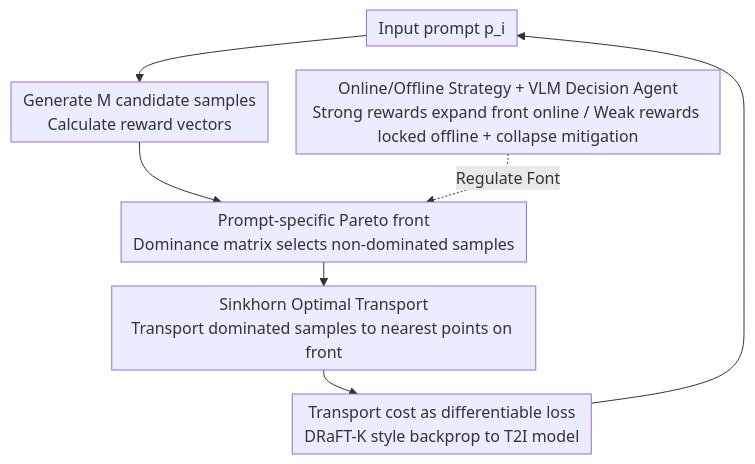
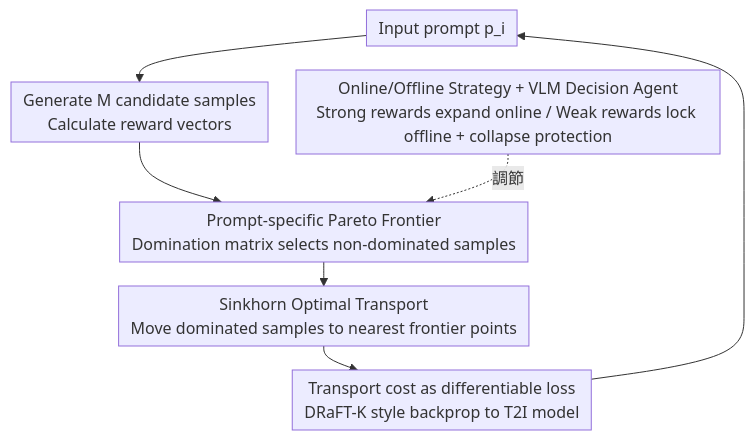
Before and after one commit to zhaoyang97/Paper-Notes-en: the diagram in docs/ICML2026/image_generation/pareto-guided_optimal_transport_for_multi-reward_alignment.md, drawn with Mermaid. The commit also changed other lines of this file and 5084 other files, not shown here.

````diff
--- a/docs/ICML2026/image_generation/pareto-guided_optimal_transport_for_multi-reward_alignment.md
+++ b/docs/ICML2026/image_generation/pareto-guided_optimal_transport_for_multi-reward_alignment.md
@@ -43,10 +43,10 @@
 ```mermaid
 %%{init: {'flowchart': {'rankSpacing': 24, 'nodeSpacing': 28, 'padding': 6, 'wrappingWidth': 400}}}%%
 flowchart TD
     P["Input prompt p_i"] --> GEN["Generate M candidate samples<br/>Calculate reward vectors"]
-    GEN --> FRONT["Prompt-specific Pareto front<br/>Dominance matrix selects non-dominated samples"]
-    FRONT --> OT["Sinkhorn Optimal Transport<br/>Transport dominated samples to nearest points on front"]
+    GEN --> FRONT["Prompt-specific Pareto Frontier<br/>Domination matrix selects non-dominated samples"]
+    FRONT --> OT["Sinkhorn Optimal Transport<br/>Move dominated samples to nearest frontier points"]
     OT --> LOSS["Transport cost as differentiable loss<br/>DRaFT-K style backprop to T2I model"]
     LOSS --> P
-    STRAT["Online/Offline Strategy + VLM Decision Agent<br/>Strong rewards expand front online / Weak rewards locked offline + collapse mitigation"] -.Regulate Font.-> FRONT
+    STRAT["Online/Offline Strategy + VLM Decision Agent<br/>Strong rewards expand online / Weak rewards lock offline + collapse protection"] -.調節.-> FRONT
 ```
````
